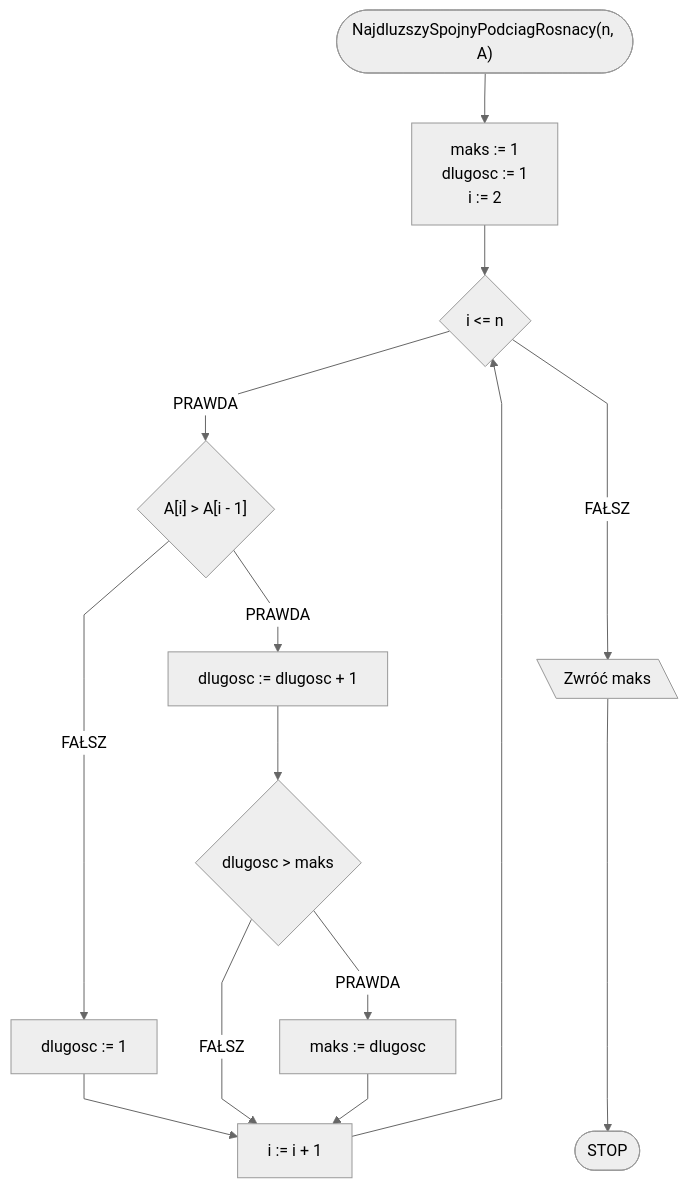
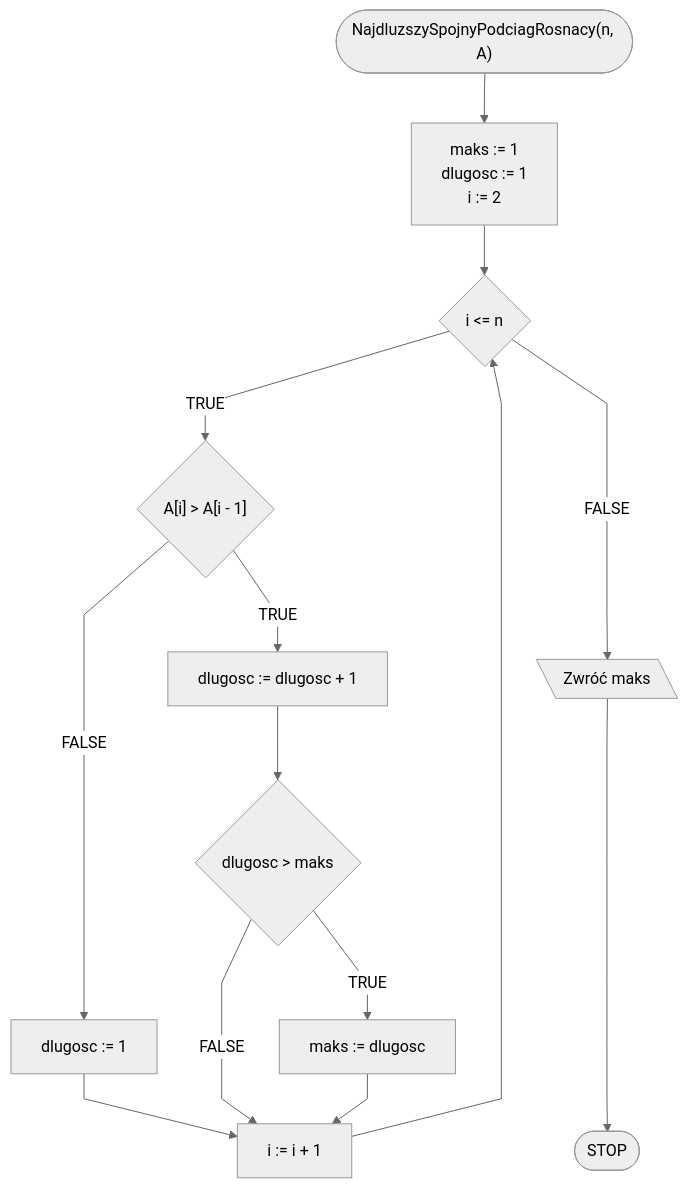
One commit to blackbat13/edu-cs-htiew-en changed the diagram in docs/algorithms/searching/longest-growing-substring.md. Above: the diagram before and after it, drawn with Mermaid. The commit also changed other lines of this file and 682 other files, not shown here.

````diff
--- a/docs/algorithms/searching/longest-growing-substring.md
+++ b/docs/algorithms/searching/longest-growing-substring.md
@@ -79,19 +79,19 @@
 ```mermaid
 %%{init: {"flowchart": {"curve": "linear"}, "theme": "neutral"} }%%
 flowchart TD
 	START(["NajdluzszySpojnyPodciagRosnacy(n, A)"]) --> K1["maks := 1
 	dlugosc := 1
 	i := 2"]
 	K1 --> K3{i <= n}
-	K3 -- PRAWDA --> K4{"A[i] > A[i - 1]"}
-	K4 -- PRAWDA --> K5[dlugosc := dlugosc + 1]
+	K3 -- TRUE --> K4{"A[i] > A[i - 1]"}
+	K4 -- TRUE --> K5[dlugosc := dlugosc + 1]
 	K5 --> K6{dlugosc > maks}
-	K6 -- PRAWDA --> K7[maks := dlugosc]
-	K4 -- FAŁSZ --> K9[dlugosc := 1]
+	K6 -- TRUE --> K7[maks := dlugosc]
+	K4 -- FALSE --> K9[dlugosc := 1]
 	K9 --> K3i[i := i + 1]
-	K6 -- FAŁSZ --> K3i
+	K6 -- FALSE --> K3i
 	K7 --> K3i
 	K3i --> K3
-	K3 -- FAŁSZ ---> K10[\Zwróć maks\]
+	K3 -- FALSE ---> K10[\Zwróć maks\]
 	K10 ----> STOP([STOP])
 ```
````
